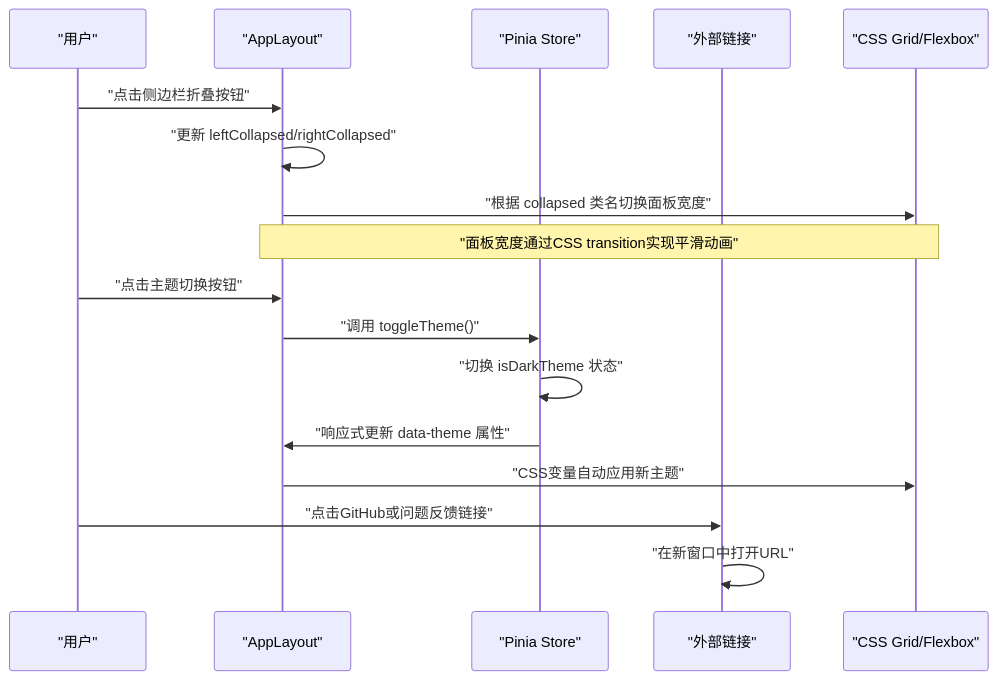
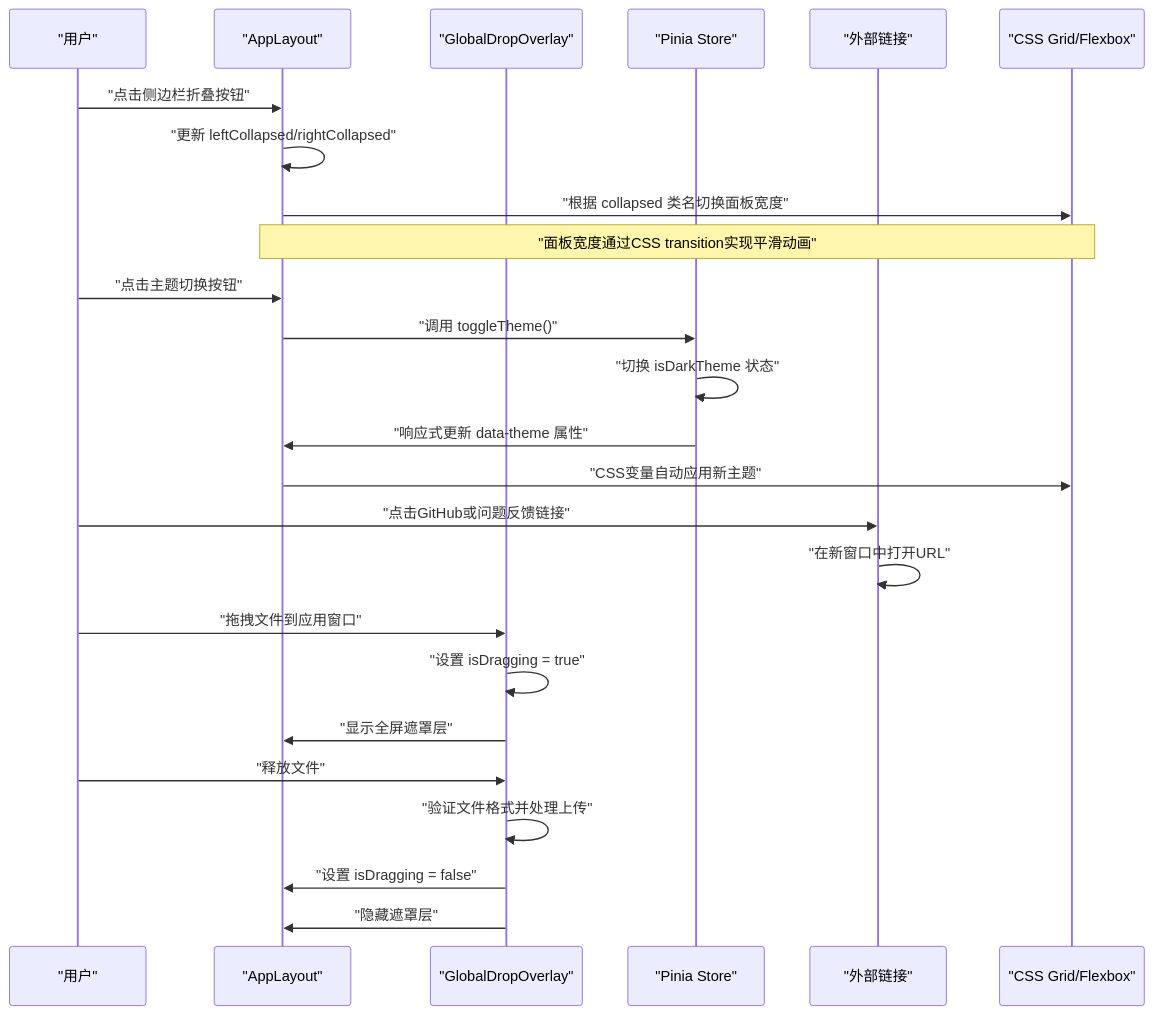
Before and after one commit to taoweidong/Hello-Tauri: the third of 6 diagrams in .qoder/repowiki/zh/content/用户界面/布局系统.md, drawn with Mermaid. The commit also changed other lines of this file and 72 other files, not shown here.

````diff
--- a/.qoder/repowiki/zh/content/用户界面/布局系统.md
+++ b/.qoder/repowiki/zh/content/用户界面/布局系统.md
@@ -193,19 +230,27 @@
 ```mermaid
 sequenceDiagram
 participant U as "用户"
 participant L as "AppLayout"
+participant D as "GlobalDropOverlay"
 participant S as "Pinia Store"
 participant E as "外部链接"
 participant C as "CSS Grid/Flexbox"
 U->>L : "点击侧边栏折叠按钮"
 L->>L : "更新 leftCollapsed/rightCollapsed"
 L->>C : "根据 collapsed 类名切换面板宽度"
 Note over L,C : "面板宽度通过CSS transition实现平滑动画"
 U->>L : "点击主题切换按钮"
 L->>S : "调用 toggleTheme()"
 S->>S : "切换 isDarkTheme 状态"
 S->>L : "响应式更新 data-theme 属性"
 L->>C : "CSS变量自动应用新主题"
 U->>E : "点击GitHub或问题反馈链接"
 E->>E : "在新窗口中打开URL"
+U->>D : "拖拽文件到应用窗口"
+D->>D : "设置 isDragging = true"
+D->>L : "显示全屏遮罩层"
+U->>D : "释放文件"
+D->>D : "验证文件格式并处理上传"
+D->>L : "设置 isDragging = false"
+D->>L : "隐藏遮罩层"
 ```
````
